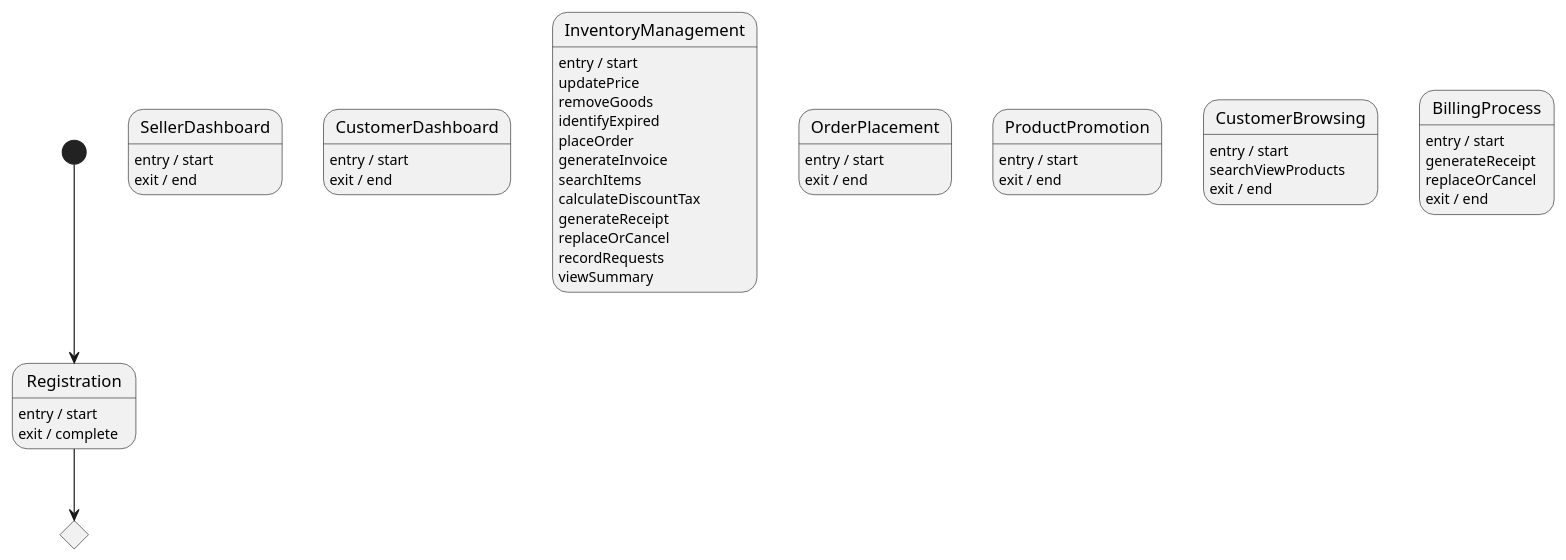
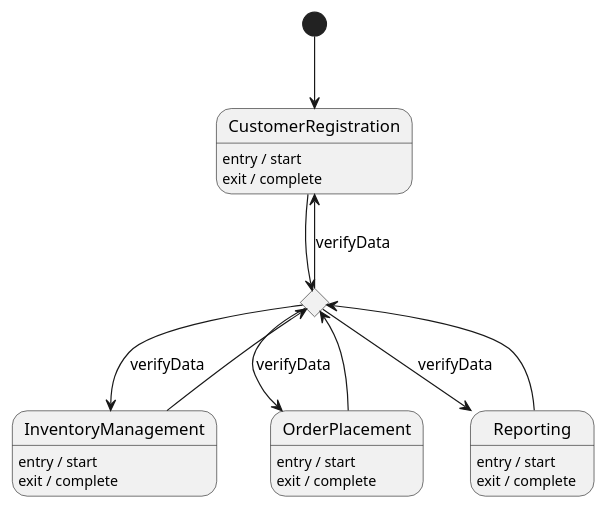
The diagram in results/plantuml_pipeline_run2/runs/open_source__qwen25_7b_instruct__rag/case_02_inventory/run_01.initial.puml (maimunafaria/State_transition_Diagram_generated_by_LLM), drawn with PlantUML before and after one commit. The commit also changed 163 other files, not shown here.

```diff
--- a/results/plantuml_pipeline_run2/runs/open_source__qwen25_7b_instruct__rag/case_02_inventory/run_01.initial.puml
+++ b/results/plantuml_pipeline_run2/runs/open_source__qwen25_7b_instruct__rag/case_02_inventory/run_01.initial.puml
@@ -1,53 +1,32 @@
 @startuml
 
-[*] --> Registration
+[*] --> CustomerRegistration
 
-state Registration
-Registration : entry / start
-Registration : exit / complete
-
-state WorkspaceAccess <<choice>>
-Registration --> WorkspaceAccess
-
-state SellerDashboard
-SellerDashboard : entry / start
-SellerDashboard : exit / end
-
-state CustomerDashboard
-CustomerDashboard : entry / start
-CustomerDashboard : exit / end
+state CustomerRegistration
+CustomerRegistration : entry / start
+CustomerRegistration : exit / complete
 
 state InventoryManagement
 InventoryManagement : entry / start
-InventoryManagement : updatePrice
-InventoryManagement : removeGoods
-InventoryManagement : identifyExpired
-InventoryManagement : placeOrder
-InventoryManagement : generateInvoice
-InventoryManagement : searchItems
-InventoryManagement : calculateDiscountTax
-InventoryManagement : generateReceipt
-InventoryManagement : replaceOrCancel
-InventoryManagement : recordRequests
-InventoryManagement : viewSummary
+InventoryManagement : exit / complete
 
 state OrderPlacement
 OrderPlacement : entry / start
-OrderPlacement : exit / end
+OrderPlacement : exit / complete
 
-state ProductPromotion
-ProductPromotion : entry / start
-ProductPromotion : exit / end
+state Reporting
+Reporting : entry / start
+Reporting : exit / complete
 
-state CustomerBrowsing
-CustomerBrowsing : entry / start
-CustomerBrowsing : searchViewProducts
-CustomerBrowsing : exit / end
+state LoginDecision <<choice>>
+CustomerRegistration --> LoginDecision
+InventoryManagement --> LoginDecision
+OrderPlacement --> LoginDecision
+Reporting --> LoginDecision
 
-state BillingProcess
-BillingProcess : entry / start
-BillingProcess : generateReceipt
-BillingProcess : replaceOrCancel
-BillingProcess : exit / end
+LoginDecision --> CustomerRegistration : verifyData
+LoginDecision --> InventoryManagement : verifyData
+LoginDecision --> OrderPlacement : verifyData
+LoginDecision --> Reporting : verifyData
 
 @enduml
```
